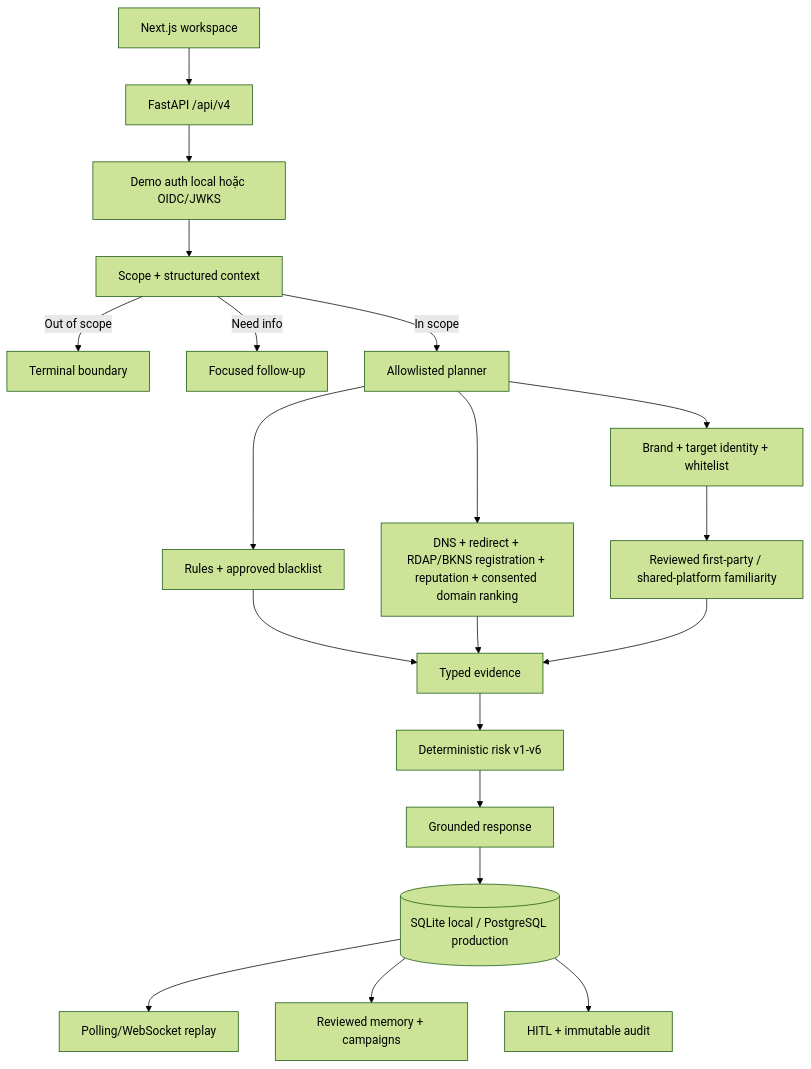
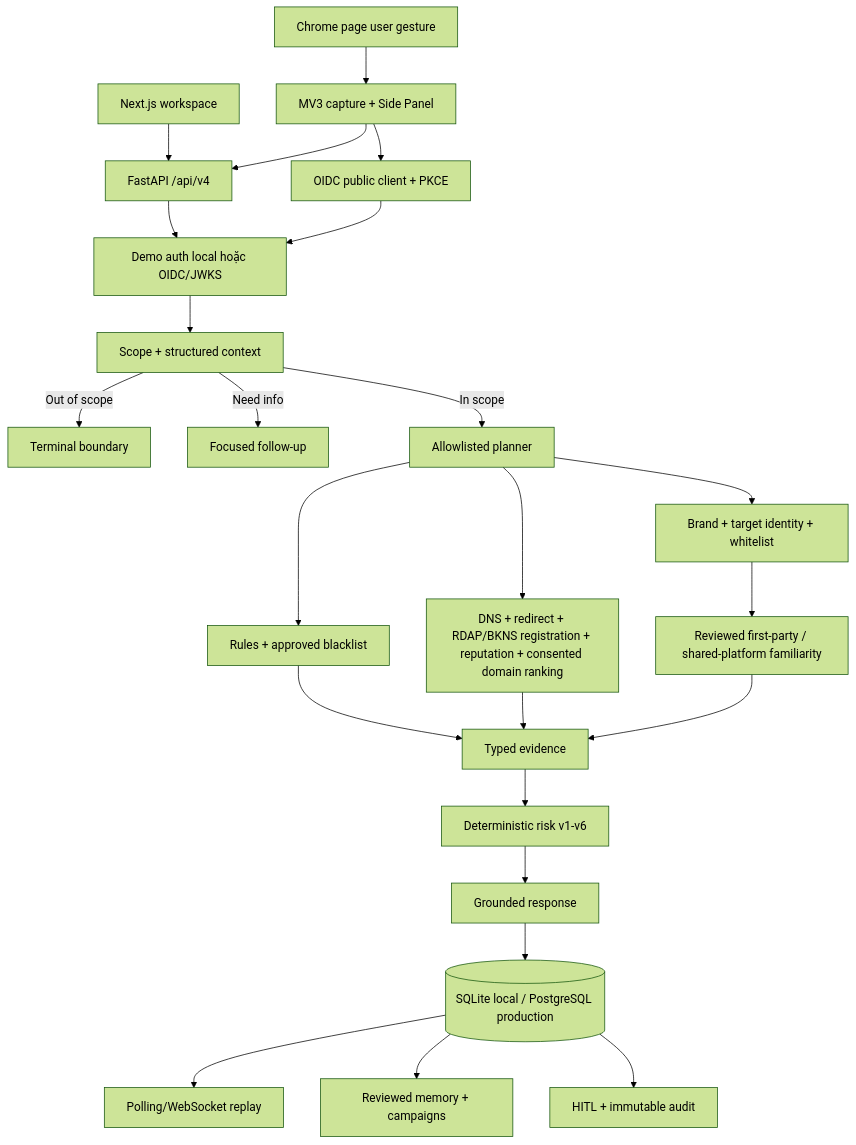
The diagram in docs/PRODUCT_ARCHITECTURE.md (Binhdn04/TrustGuard-AI), drawn with Mermaid (forest theme) before and after one commit. The commit also changed other lines of this file and 10 other files, not shown here.

````diff
--- a/docs/PRODUCT_ARCHITECTURE.md
+++ b/docs/PRODUCT_ARCHITECTURE.md
@@ -40,22 +40,26 @@
 ```mermaid
 flowchart TD
     UI[Next.js workspace] --> API[FastAPI /api/v4]
+    Page[Chrome page user gesture] --> Extension[MV3 capture + Side Panel]
+    Extension --> ExtAuth[OIDC public client + PKCE]
+    Extension --> API
     API --> Auth[Demo auth local hoặc OIDC/JWKS]
+    ExtAuth --> Auth
     Auth --> Scope[Scope + structured context]
     Scope -->|Out of scope| Boundary[Terminal boundary]
     Scope -->|Need info| FollowUp[Focused follow-up]
     Scope -->|In scope| Planner[Allowlisted planner]
     Planner --> Local[Rules + approved blacklist]
     Planner --> Network[DNS + redirect + RDAP/BKNS registration + reputation + consented domain ranking]
     Planner --> Trust[Brand + target identity + whitelist]
     Trust --> Familiarity[Reviewed first-party / shared-platform familiarity]
     Local --> Evidence[Typed evidence]
     Network --> Evidence
     Familiarity --> Evidence
     Evidence --> Risk[Deterministic risk v1-v6]
     Risk --> Response[Grounded response]
     Response --> Store[(SQLite local / PostgreSQL production)]
     Store --> Events[Polling/WebSocket replay]
     Store --> Memory[Reviewed memory + campaigns]
     Store --> Admin[HITL + immutable audit]
 ```
````
